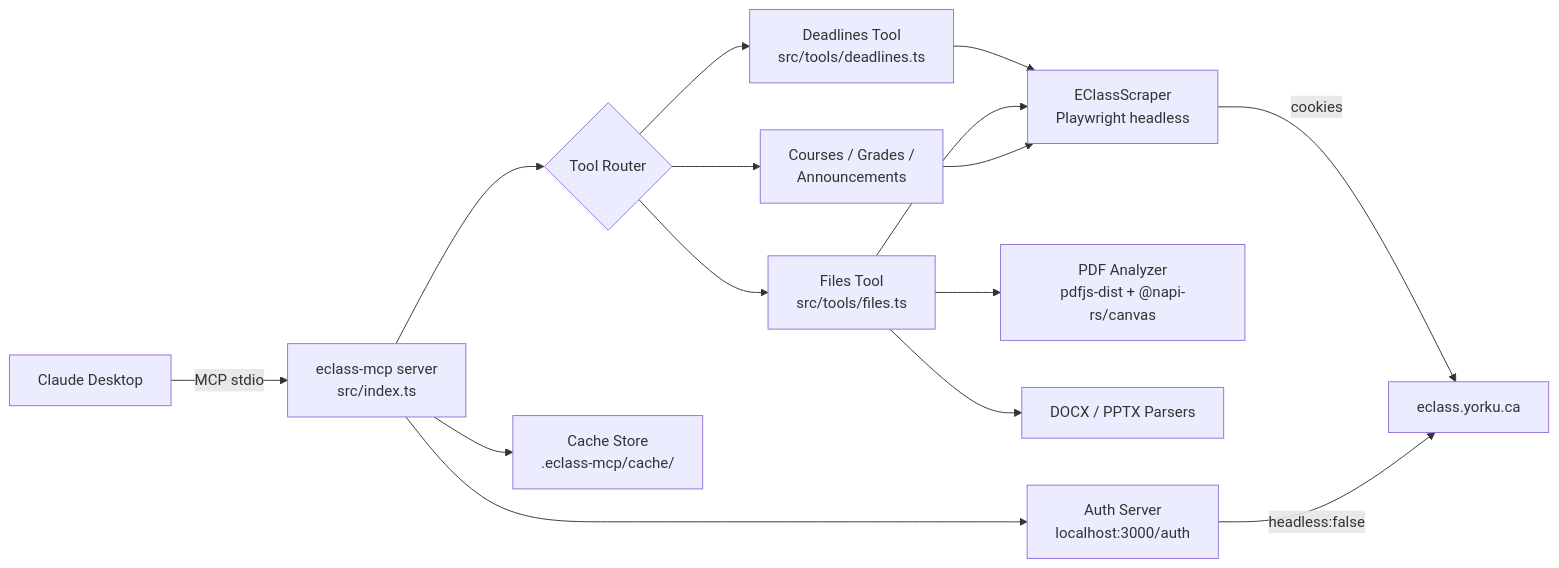
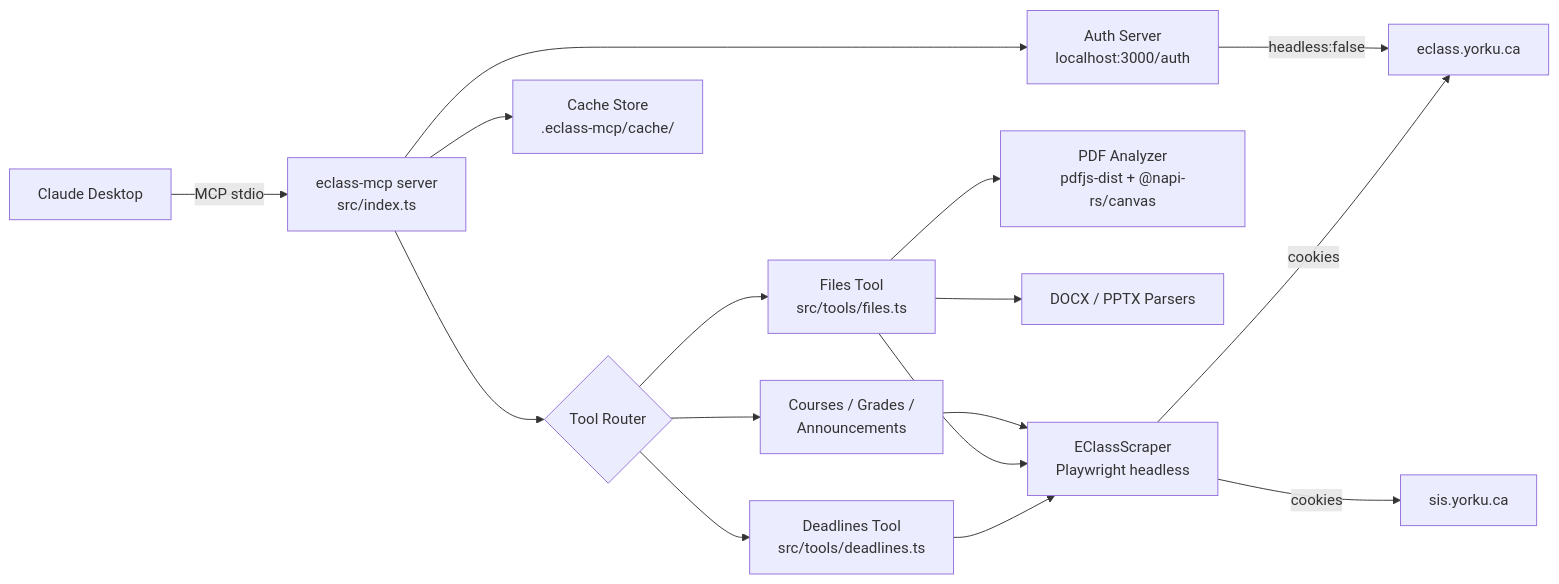
The diagram in README.md (SoroushRF/eclass-mcp), drawn with Mermaid before and after one commit. The commit also changed other lines of this file and 9 other files, not shown here.

````diff
--- a/README.md
+++ b/README.md
@@ -38,17 +39,18 @@
 ```mermaid
 flowchart LR
     A[Claude Desktop] -- MCP stdio --> B[eclass-mcp server\nsrc/index.ts]
     B --> C{Tool Router}
     C --> D[Deadlines Tool\nsrc/tools/deadlines.ts]
     C --> E[Files Tool\nsrc/tools/files.ts]
     C --> F[Courses / Grades /\nAnnouncements]
     D --> G[EClassScraper\nPlaywright headless]
     E --> G
     F --> G
     G -- cookies --> H[eclass.yorku.ca]
+    G -- cookies --> S[sis.yorku.ca]
     E --> I[PDF Analyzer\npdfjs-dist + @napi-rs/canvas]
     E --> J[DOCX / PPTX Parsers]
     B --> K[Cache Store\n.eclass-mcp/cache/]
     B --> L[Auth Server\nlocalhost:3000/auth]
     L -- headless:false --> H
 ```
````
